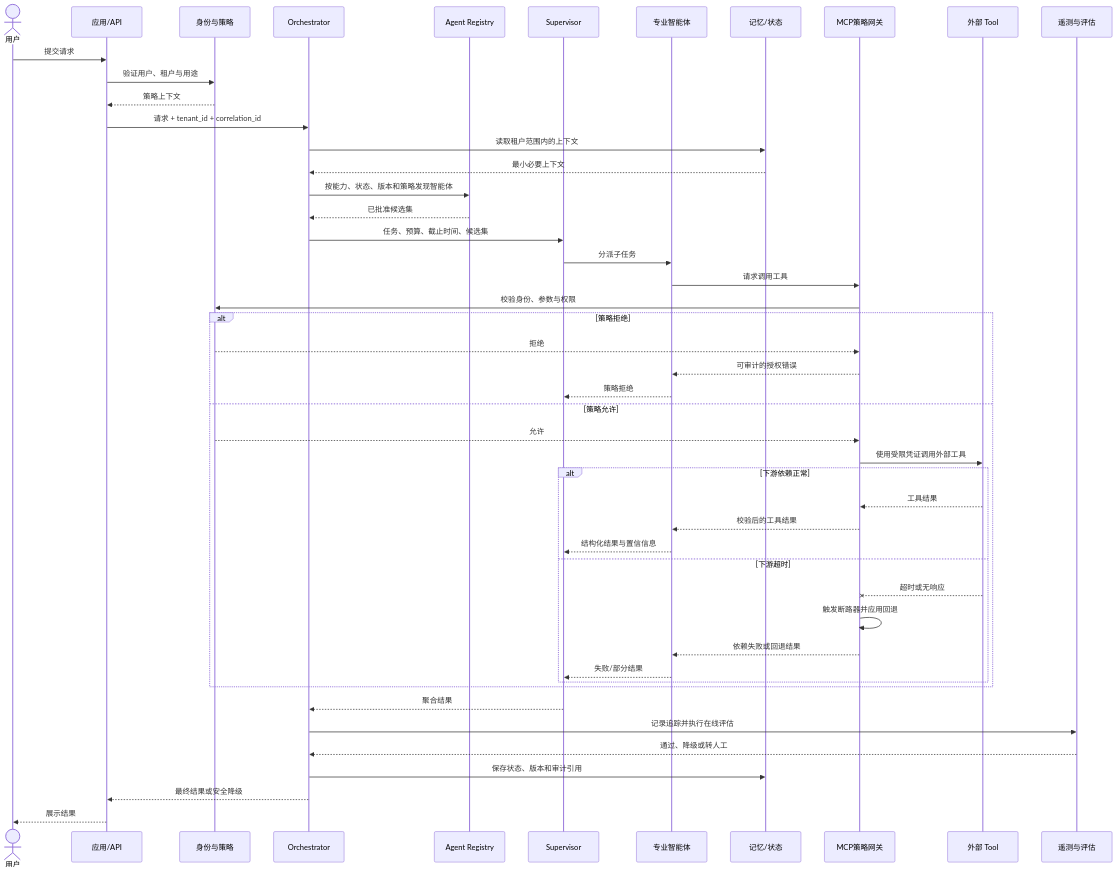
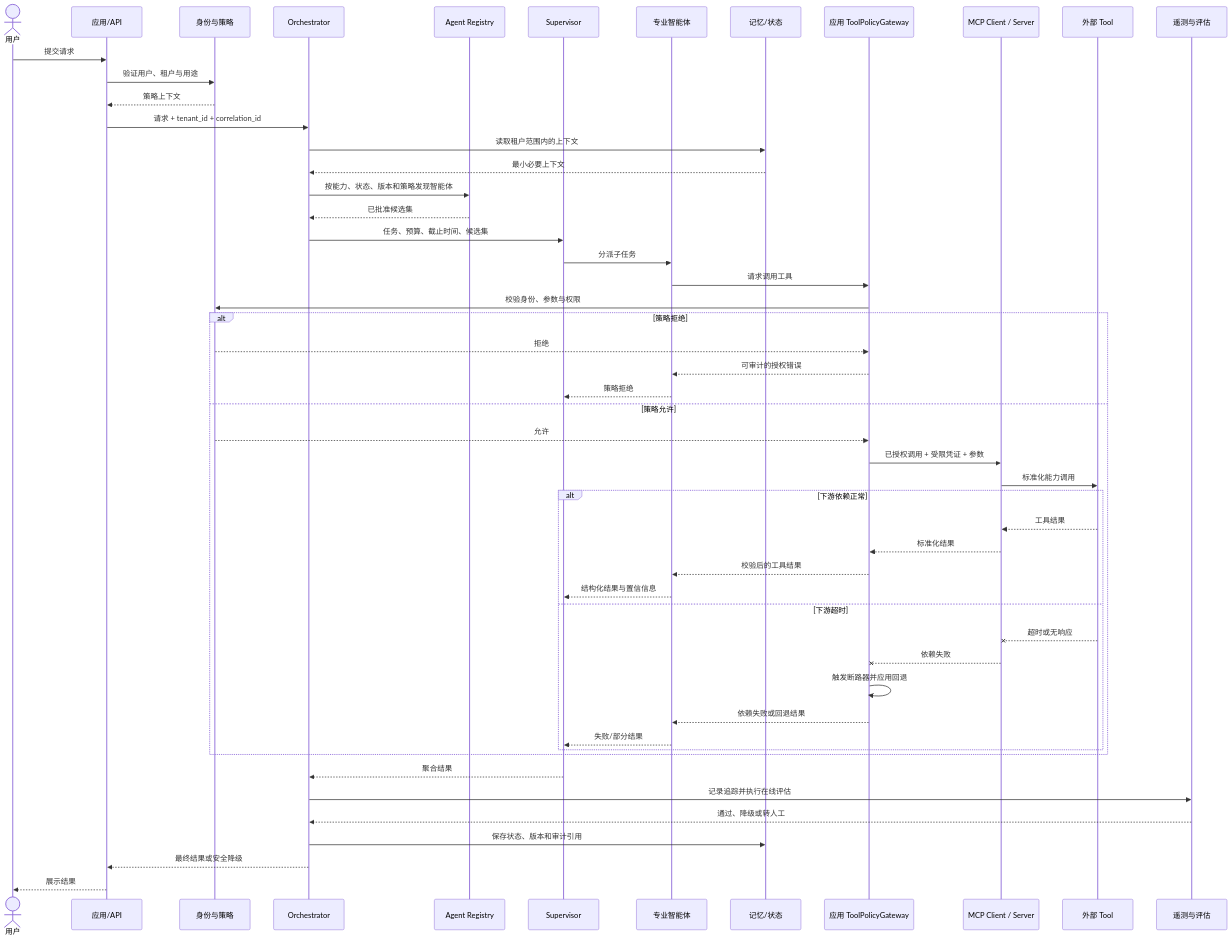
Before and after one commit to sealday/agentic-architecture-atlas: the second of 2 diagrams in content/cases/microsoft-multi-agent-reference-architecture.mdx, drawn with Mermaid. The commit also changed other lines of this file and 4 other files, not shown here.

````diff
--- a/content/cases/microsoft-multi-agent-reference-architecture.mdx
+++ b/content/cases/microsoft-multi-agent-reference-architecture.mdx
@@ -208,54 +214,58 @@
 ```mermaid
 sequenceDiagram
   accTitle: 受控多智能体任务流与分层失败处理
   accDescr: 请求先完成租户策略校验和智能体发现；专业智能体获准后调用外部工具，策略拒绝与工具超时或熔断分别处理。
 
   actor U as 用户
   participant App as 应用/API
   participant P as 身份与策略
   participant O as Orchestrator
   participant R as Agent Registry
   participant S as Supervisor
   participant A as 专业智能体
   participant M as 记忆/状态
-  participant G as MCP策略网关
+  participant G as 应用 ToolPolicyGateway
+  participant C as MCP Client / Server
   participant T as 外部 Tool
   participant E as 遥测与评估
 
   U->>App: 提交请求
   App->>P: 验证用户、租户与用途
   P-->>App: 策略上下文
   App->>O: 请求 + tenant_id + correlation_id
   O->>M: 读取租户范围内的上下文
   M-->>O: 最小必要上下文
   O->>R: 按能力、状态、版本和策略发现智能体
   R-->>O: 已批准候选集
   O->>S: 任务、预算、截止时间、候选集
   S->>A: 分派子任务
   A->>G: 请求调用工具
   G->>P: 校验身份、参数与权限
   alt 策略拒绝
     P-->>G: 拒绝
     G-->>A: 可审计的授权错误
     A-->>S: 策略拒绝
   else 策略允许
     P-->>G: 允许
-    G->>T: 使用受限凭证调用外部工具
+    G->>C: 已授权调用 + 受限凭证 + 参数
+    C->>T: 标准化能力调用
     alt 下游依赖正常
-      T-->>G: 工具结果
+      T-->>C: 工具结果
+      C-->>G: 标准化结果
       G-->>A: 校验后的工具结果
       A-->>S: 结构化结果与置信信息
     else 下游超时
-      T--xG: 超时或无响应
+      T--xC: 超时或无响应
+      C--xG: 依赖失败
       G->>G: 触发断路器并应用回退
       G-->>A: 依赖失败或回退结果
       A-->>S: 失败/部分结果
     end
   end
   S-->>O: 聚合结果
   O->>E: 记录追踪并执行在线评估
   E-->>O: 通过、降级或转人工
   O->>M: 保存状态、版本和审计引用
   O-->>App: 最终结果或安全降级
   App-->>U: 展示结果
 ```
````
